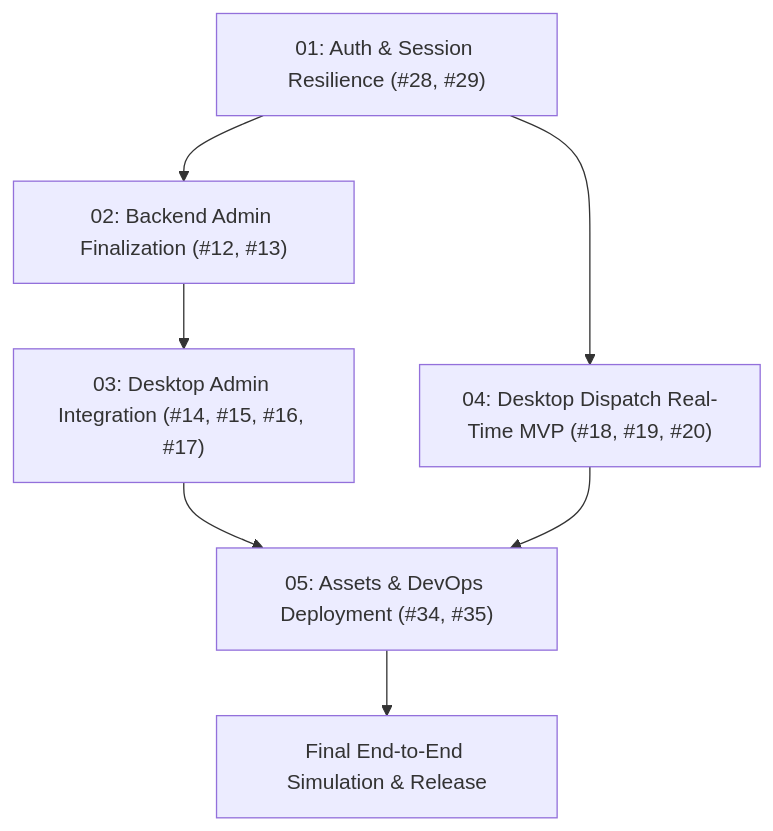
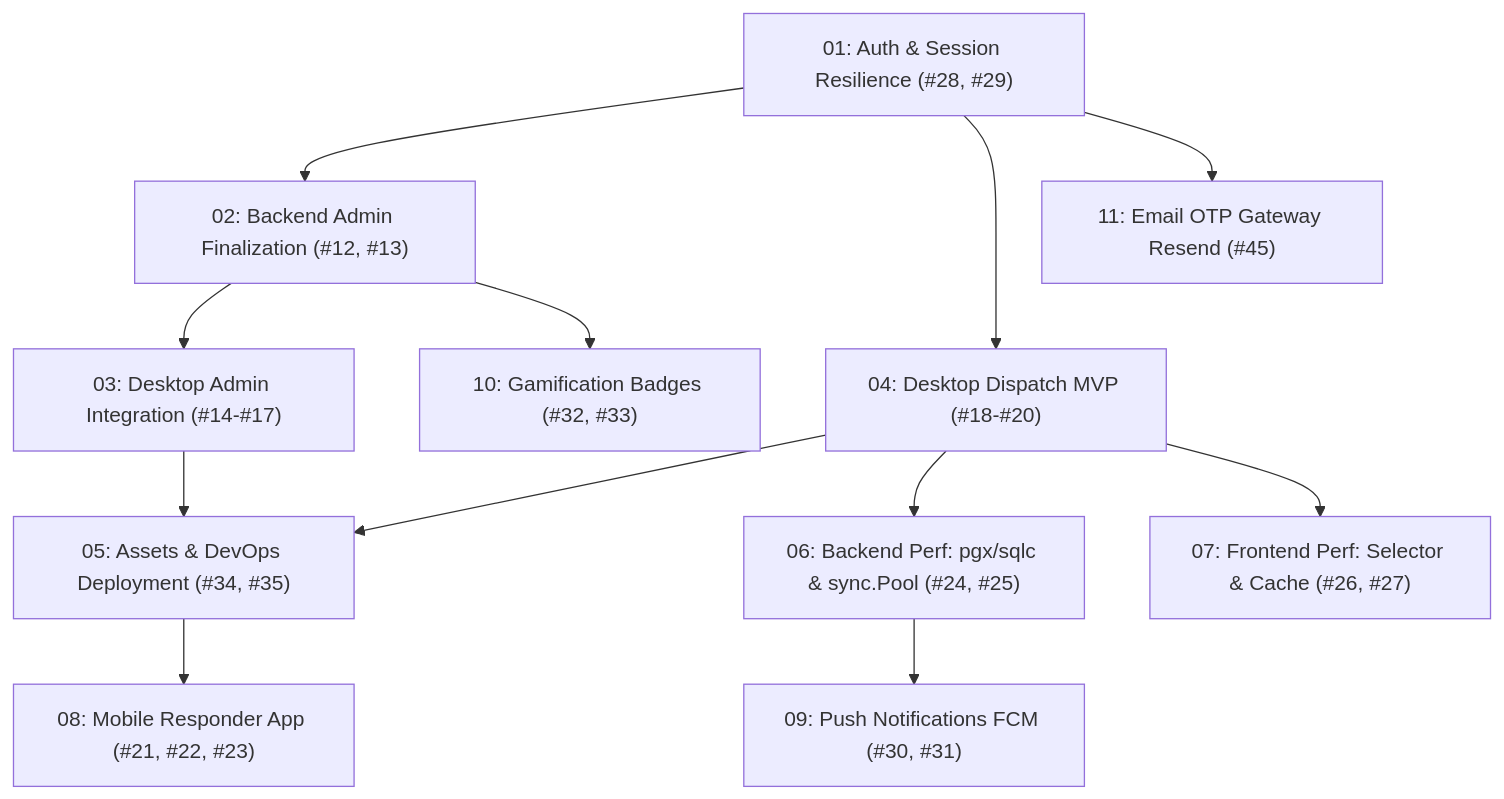
Before and after one commit to fadhlur-alaudin86/SiagaKita: the diagram in .planning/README.md, drawn with Mermaid. The commit also changed other lines of this file and 6 other files, not shown here.

First line of the commit message:
docs(planning): add roadmap feature plans 06 through 11 and update backlog index

````diff
--- a/.planning/README.md
+++ b/.planning/README.md
@@ -14,9 +12,14 @@
 ```mermaid
 graph TD
     P1["01: Auth & Session Resilience (#28, #29)"] --> P2["02: Backend Admin Finalization (#12, #13)"]
-    P2 --> P3["03: Desktop Admin Integration (#14, #15, #16, #17)"]
-    P1 --> P4["04: Desktop Dispatch Real-Time MVP (#18, #19, #20)"]
+    P2 --> P3["03: Desktop Admin Integration (#14-#17)"]
+    P1 --> P4["04: Desktop Dispatch MVP (#18-#20)"]
     P3 --> P5["05: Assets & DevOps Deployment (#34, #35)"]
     P4 --> P5
-    P5 --> E2E["Final End-to-End Simulation & Release"]
+    P4 --> P6["06: Backend Perf: pgx/sqlc & sync.Pool (#24, #25)"]
+    P4 --> P7["07: Frontend Perf: Selector & Cache (#26, #27)"]
+    P5 --> P8["08: Mobile Responder App (#21, #22, #23)"]
+    P6 --> P9["09: Push Notifications FCM (#30, #31)"]
+    P2 --> P10["10: Gamification Badges (#32, #33)"]
+    P1 --> P11["11: Email OTP Gateway Resend (#45)"]
 ```
````
